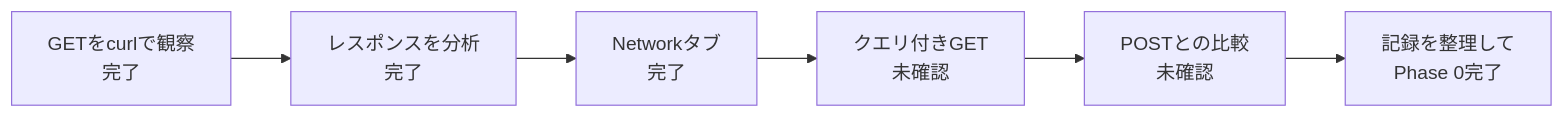
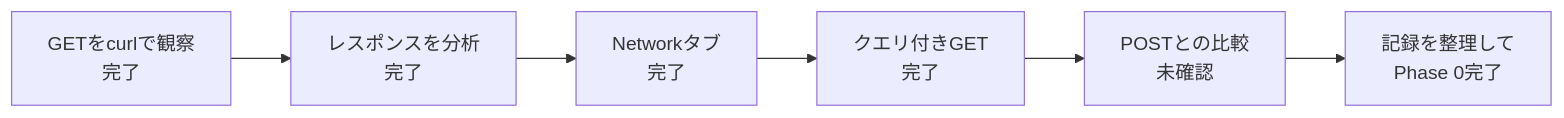
The diagram in docs/review/phase-0-review.md (mgmaru/go-http-security-lab), drawn with Mermaid before and after one commit. The commit also changed other lines of this file, not shown here.

````diff
--- a/docs/review/phase-0-review.md
+++ b/docs/review/phase-0-review.md
@@ -21,8 +23,8 @@
 ```mermaid
 flowchart LR
     A["GETをcurlで観察<br/>完了"] --> B["レスポンスを分析<br/>完了"]
     B --> C["Networkタブ<br/>完了"]
-    C --> D["クエリ付きGET<br/>未確認"]
+    C --> D["クエリ付きGET<br/>完了"]
     D --> E["POSTとの比較<br/>未確認"]
     E --> F["記録を整理して<br/>Phase 0完了"]
 ```
````
